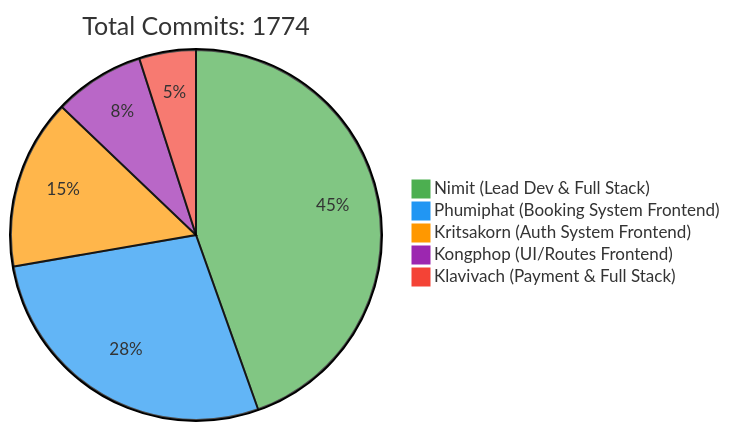
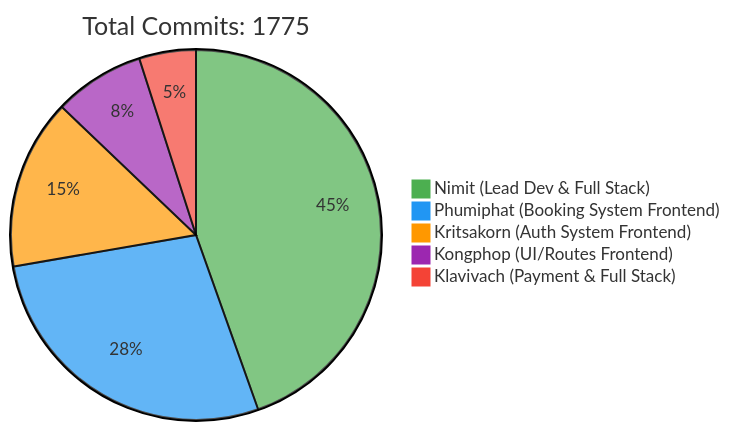
Before and after one commit to 6531503042/Sport-Complex: the first of 2 diagrams in README.md, drawn with Mermaid. The commit also changed other lines of this file, not shown here.

Commit message:
docs: Update contributor statistics [skip ci]

````diff
--- a/README.md
+++ b/README.md
@@ -257,10 +257,10 @@
 ```mermaid
 %%{init: {'theme': 'base', 'themeVariables': { 'pie1': '#4CAF50', 'pie2': '#2196F3', 'pie3': '#FF9800', 'pie4': '#9C27B0', 'pie5': '#F44336'}}}%%
 pie
-    title Total Commits: 1774
+    title Total Commits: 1775
     "Nimit (Lead Dev & Full Stack)" : 450
     "Phumiphat (Booking System Frontend)" : 280
     "Kritsakorn (Auth System Frontend)" : 150
     "Kongphop (UI/Routes Frontend)" : 80
     "Klavivach (Payment & Full Stack)" : 50
 ```
````
